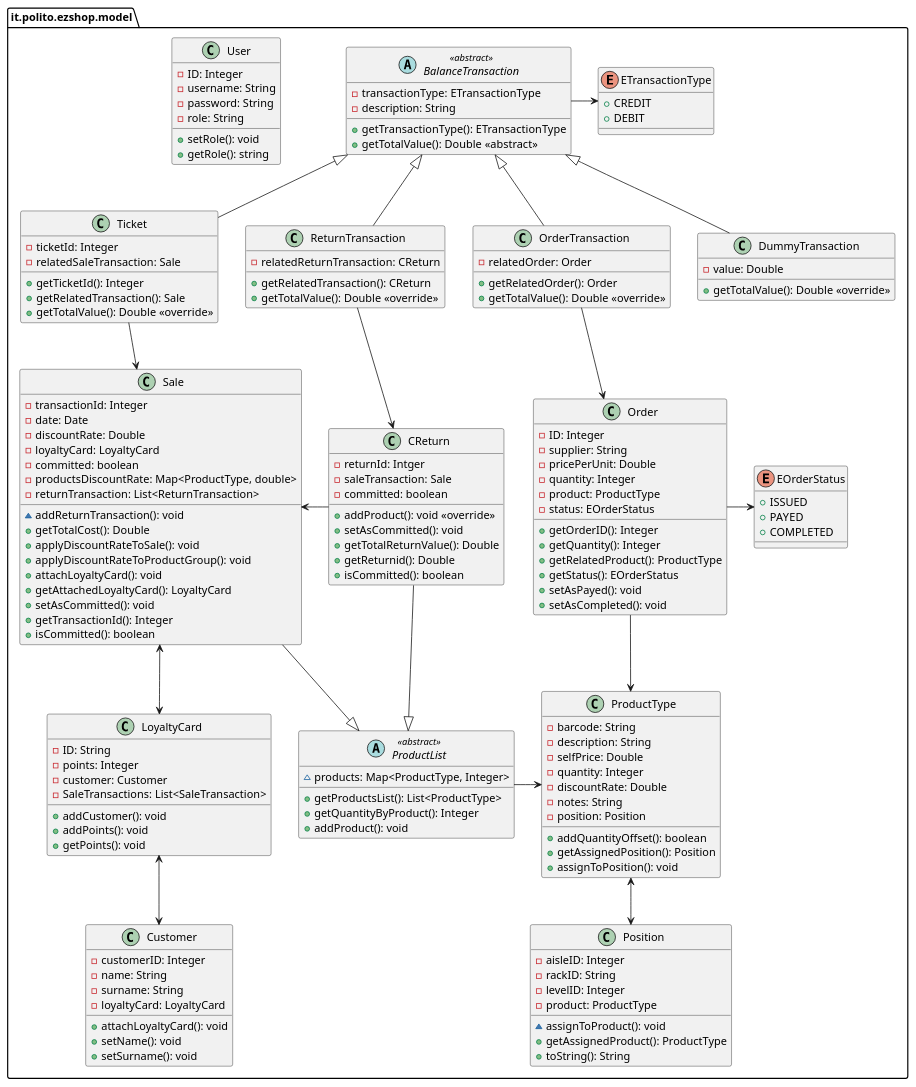
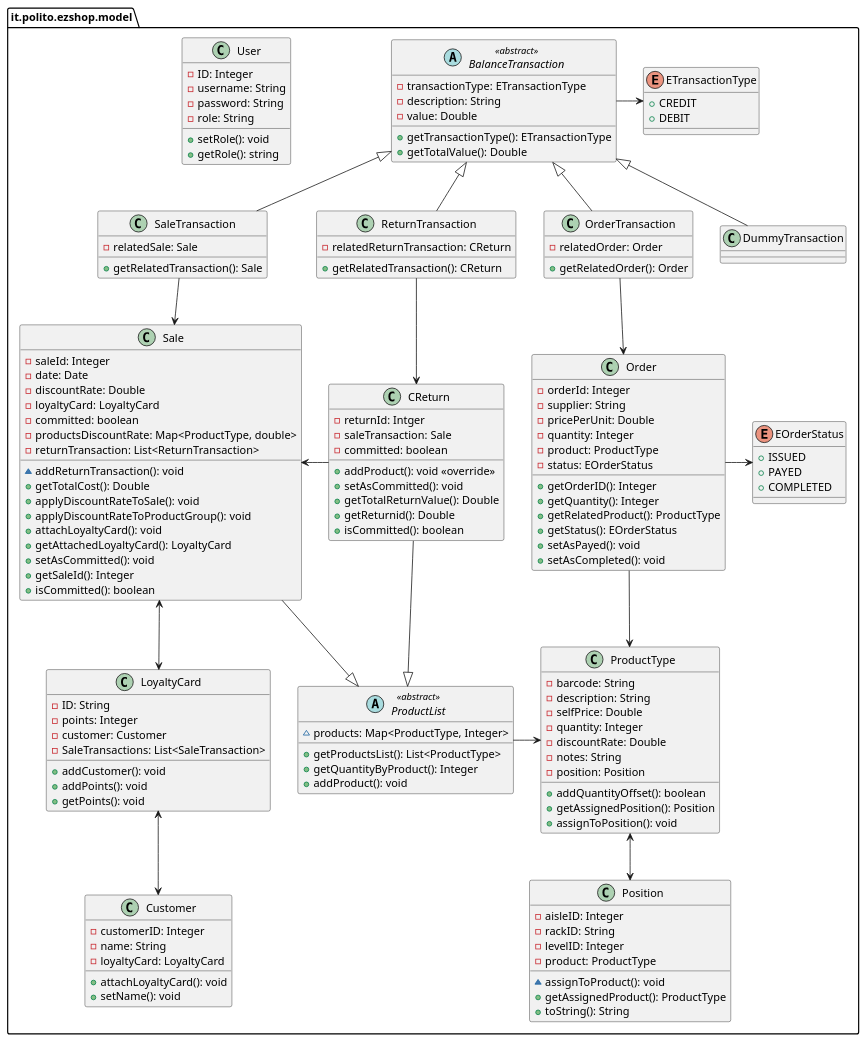
One commit to thegabriele97/EzShop changed the third of 4 diagrams in Deliverables/DesignDocument.md. Above: the diagram before and after it, drawn with PlantUML.

Commit message:
docs: DesignDocument, updated class diagram

```diff
--- a/Deliverables/DesignDocument.md
+++ b/Deliverables/DesignDocument.md
@@ -206,12 +206,9 @@
         +toString(): String
     }
 
-    class Ticket {
-        -ticketId: Integer
-        -relatedSaleTransaction: Sale
-        +getTicketId(): Integer
+    class SaleTransaction {
+        -relatedSale: Sale
         +getRelatedTransaction(): Sale
-        +getTotalValue(): Double <<override>>
     }
 
     abstract ProductList <<abstract>> {
@@ -222,7 +219,7 @@
     }
 
     class Sale {
-        -transactionId: Integer
+        -saleId: Integer
         -date: Date
         -discountRate: Double
         -loyaltyCard: LoyaltyCard
@@ -236,14 +233,13 @@
         +attachLoyaltyCard(): void
         +getAttachedLoyaltyCard(): LoyaltyCard
         +setAsCommitted(): void
-        +getTransactionId(): Integer
+        +getSaleId(): Integer
         +isCommitted(): boolean
     }
 
     class ReturnTransaction {
         -relatedReturnTransaction: CReturn
         +getRelatedTransaction(): CReturn
-        +getTotalValue(): Double <<override>>
     }
 
     class CReturn {
@@ -260,7 +256,6 @@
     class OrderTransaction {
         -relatedOrder: Order
         +getRelatedOrder(): Order
-        +getTotalValue(): Double <<override>>
     }
 
     enum EOrderStatus {
@@ -270,7 +265,7 @@
     }
 
     class Order {
-        -ID: Integer
+        -orderId: Integer
         -supplier: String
         -pricePerUnit: Double
         -quantity: Integer
@@ -292,23 +287,21 @@
     abstract BalanceTransaction <<abstract>> {
         -transactionType: ETransactionType
         -description: String
+        -value: Double
         +getTransactionType(): ETransactionType
-        +getTotalValue(): Double <<abstract>>
+        +getTotalValue(): Double
     }
 
     class DummyTransaction {
-        -value: Double
-        +getTotalValue(): Double <<override>>
+
     }
 
     class Customer {
         -customerID: Integer
         -name: String
-        -surname: String
         -loyaltyCard: LoyaltyCard
         +attachLoyaltyCard(): void
         +setName(): void
-        +setSurname(): void
     }
 
     class LoyaltyCard {
@@ -328,14 +321,14 @@
     LoyaltyCard <--> Customer
     Sale <--> LoyaltyCard
 
-    BalanceTransaction <|-- Ticket
+    BalanceTransaction <|-- SaleTransaction
     BalanceTransaction <|-- ReturnTransaction
     BalanceTransaction <|-- OrderTransaction
     BalanceTransaction <|-- DummyTransaction
 
     OrderTransaction --> Order
     Order --> ProductType
-    Ticket --> Sale
+    SaleTransaction --> Sale
 
     CReturn <-up- ReturnTransaction 
 
```
